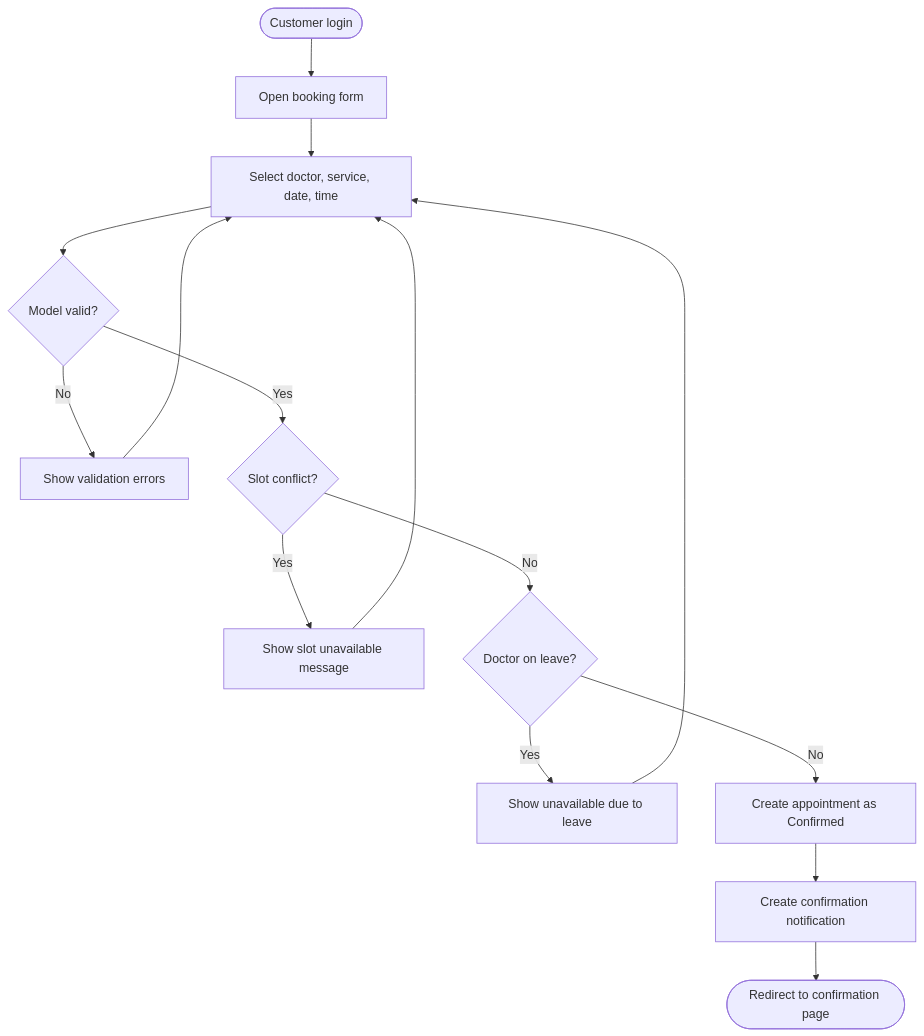
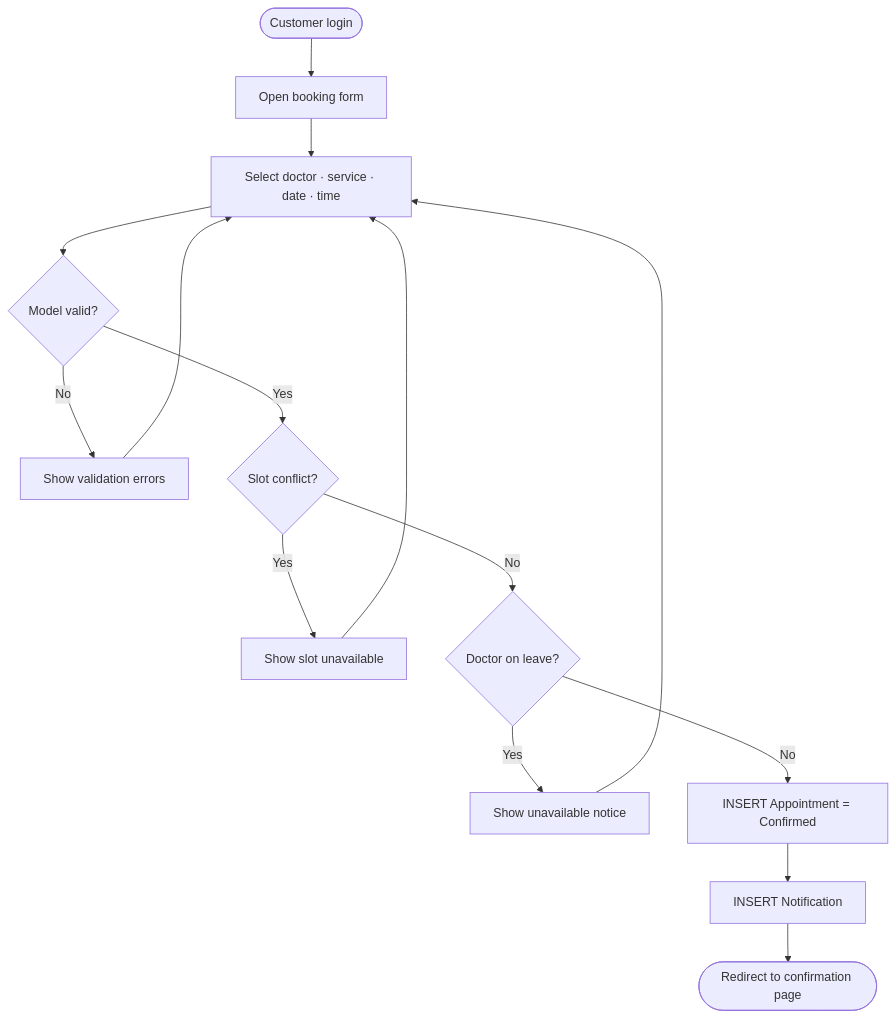
The fifth of 10 diagrams in Dental_Rapor.md (1sevvalyesilyurt/dentacare), drawn with Mermaid before and after one commit. The commit also changed other lines of this file and 1 other file, not shown here.

````diff
--- a/Dental_Rapor.md
+++ b/Dental_Rapor.md
@@ -676,17 +618,17 @@
 ```mermaid
 flowchart TD
     A([Customer login]) --> B[Open booking form]
-    B --> C[Select doctor, service, date, time]
+    B --> C[Select doctor · service · date · time]
     C --> D{Model valid?}
     D -- No --> E[Show validation errors]
     E --> C
     D -- Yes --> F{Slot conflict?}
-    F -- Yes --> G[Show slot unavailable message]
+    F -- Yes --> G[Show slot unavailable]
     G --> C
     F -- No --> H{Doctor on leave?}
-    H -- Yes --> I[Show unavailable due to leave]
+    H -- Yes --> I[Show unavailable notice]
     I --> C
-    H -- No --> J[Create appointment as Confirmed]
-    J --> K[Create confirmation notification]
+    H -- No --> J[INSERT Appointment = Confirmed]
+    J --> K[INSERT Notification]
     K --> L([Redirect to confirmation page])
 ```
````
